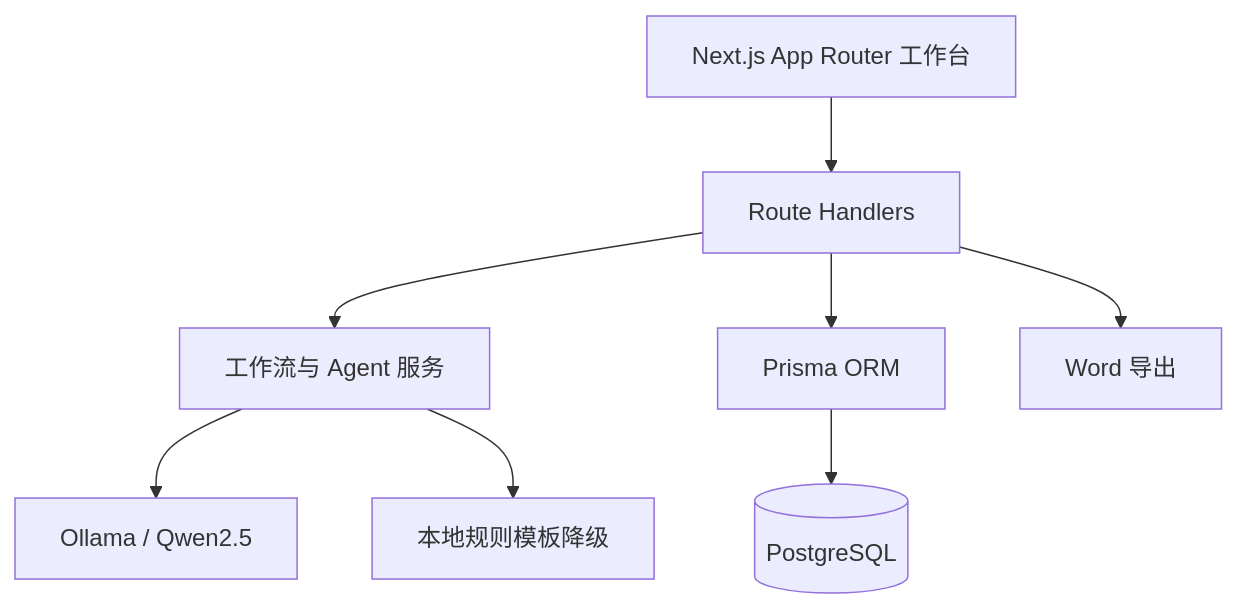
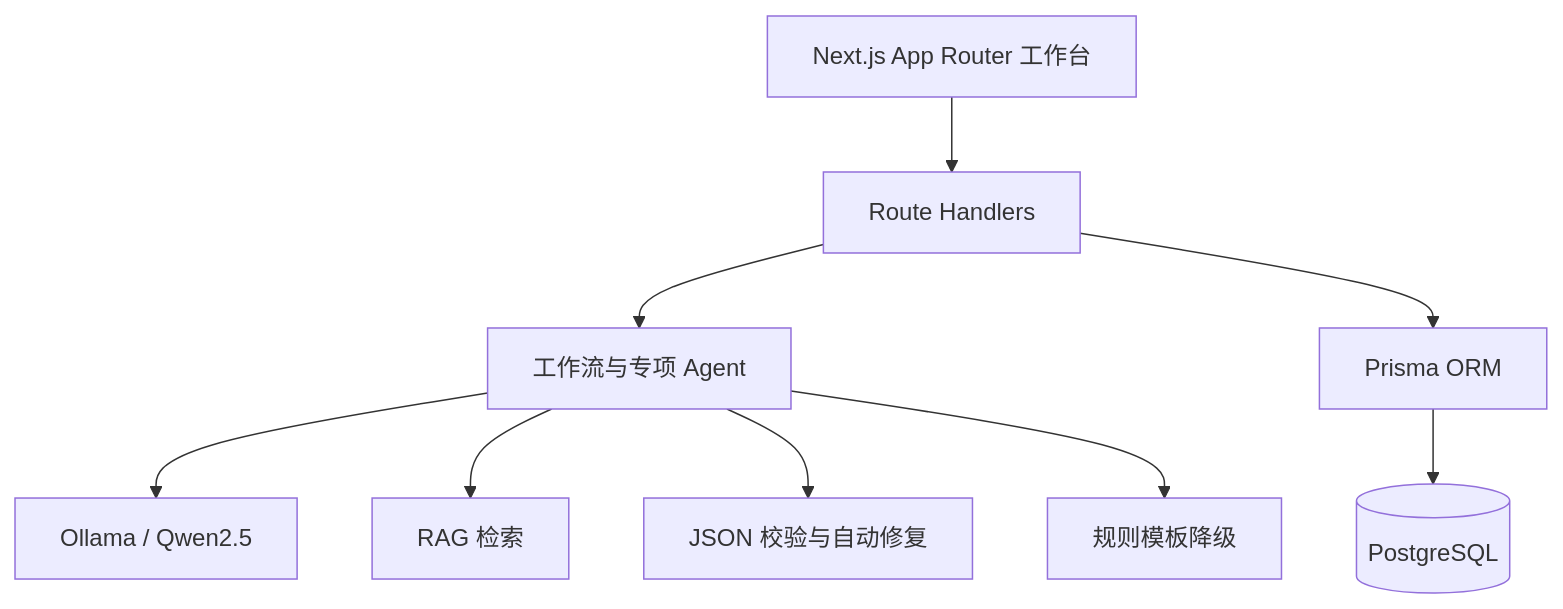
Before and after one commit to chenwenhui16888-cmyk/productflow-ai: the second of 2 diagrams in README.md, drawn with Mermaid. The commit also changed other lines of this file, not shown here.

````diff
--- a/README.md
+++ b/README.md
@@ -39,10 +37,11 @@
 ```mermaid
 flowchart TB
     UI[Next.js App Router 工作台] --> API[Route Handlers]
-    API --> WF[工作流与 Agent 服务]
+    API --> WF[工作流与专项 Agent]
     WF --> LLM[Ollama / Qwen2.5]
-    WF --> FALLBACK[本地规则模板降级]
+    WF --> RAG[RAG 检索]
+    WF --> REPAIR[JSON 校验与自动修复]
+    WF --> FALLBACK[规则模板降级]
     API --> ORM[Prisma ORM]
     ORM --> DB[(PostgreSQL)]
-    API --> DOC[Word 导出]
 ```
````
